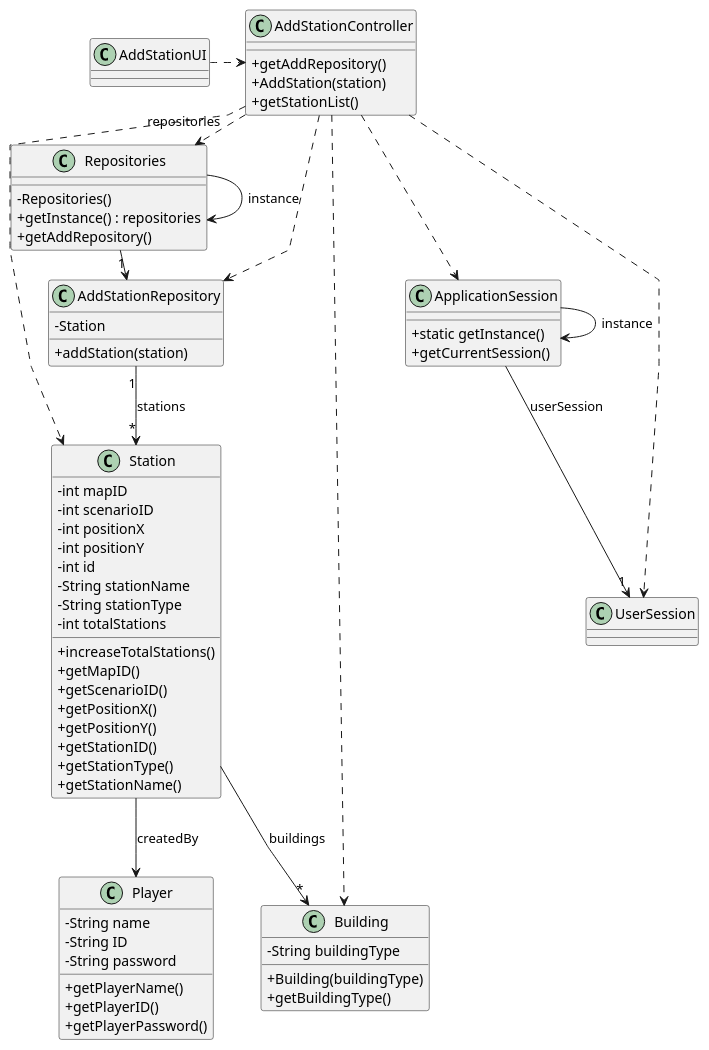
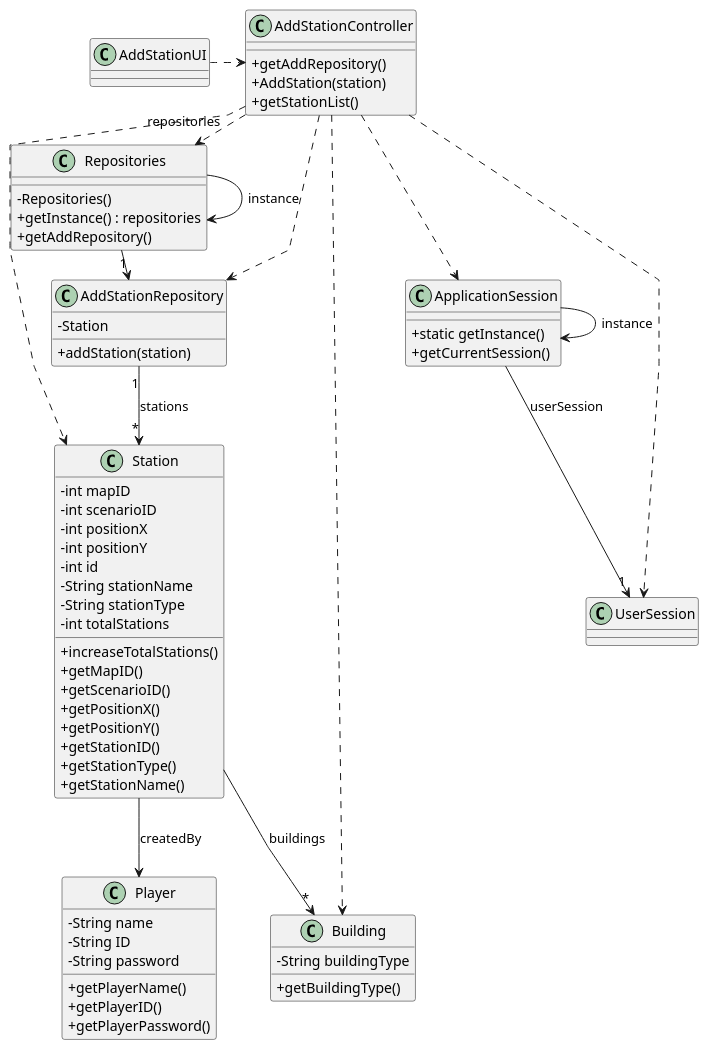
Before and after one commit to ivasduarte/all-aboard: the diagram in docs/sprint2/us005/03.design/puml/us005-class-diagram.puml, drawn with PlantUML. The commit also changed 4 other files, not shown here.

```diff
--- a/docs/sprint2/us005/03.design/puml/us005-class-diagram.puml
+++ b/docs/sprint2/us005/03.design/puml/us005-class-diagram.puml
@@ -1,94 +1,93 @@
 @startuml
 skinparam packageeStyle rectangle
 skinparam shadowing false
 skinparam linetype polyline
 
 skinparam classAttributeIconSize 0
 
 class Player {
     - String name
     - String ID
     - String password
     + getPlayerName()
     + getPlayerID()
     + getPlayerPassword()
 }
 
 class UserSession {
 }
 
 class ApplicationSession {
     + static getInstance()
     + getCurrentSession()
 }
 
 
 class Station {
     - int mapID
     - int scenarioID
     - int positionX
     - int positionY
     - int id
     - String stationName
     - String stationType
     - int totalStations
 
     + increaseTotalStations()
     + getMapID()
     + getScenarioID()
     + getPositionX()
     + getPositionY()
     + getStationID()
     + getStationType()
     + getStationName()
 }
 
 class Building {
     - String buildingType
-    + Building(buildingType)
-    + getBuildingType()
+      + getBuildingType()
 }
 
 class AddStationUI {
 }
 
 class AddStationController {
     + getAddRepository()
     + AddStation(station)
     + getStationList()
 }
 
 class Repositories {
     - Repositories()
     + getInstance() : repositories
     + getAddRepository()
 }
 
 class AddStationRepository {
     - Station
     + addStation(station)
 }
 
 Repositories -> Repositories : instance
 ApplicationSession -> ApplicationSession : instance
 
 AddStationUI .> AddStationController
 
 AddStationController .> Repositories : repositories
 
 Repositories -> "1" AddStationRepository
 AddStationController ..> Station
 AddStationController ..> Building
 AddStationController ..> AddStationRepository
 
 ApplicationSession --> "1" UserSession : userSession
 
 AddStationController ..> ApplicationSession
 AddStationController ..> UserSession
 
 AddStationRepository "1" --> "*" Station : stations
 
 Station --> Player : createdBy
 Station --> "*" Building : buildings
 
 @enduml
```
